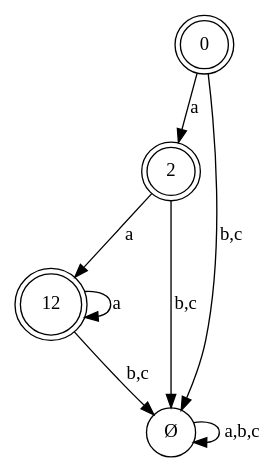
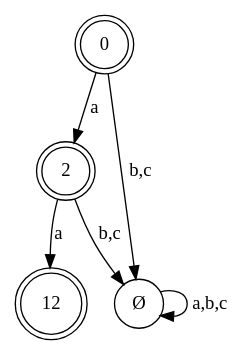
One commit to igorbragaia/CTC-34 changed the diagram in projeto_1/test-output/graph.gv. Above: the diagram before and after it, drawn with Graphviz. The commit also changed 3 other files, not shown here.

```diff
--- a/projeto_1/test-output/graph.gv
+++ b/projeto_1/test-output/graph.gv
@@ -1,13 +1,11 @@
 digraph {
 	0 [shape=doublecircle]
 	2 [shape=doublecircle]
 	12 [shape=doublecircle]
 	"Ø" [shape=circle]
 	0 -> 2 [label=a]
 	2 -> 12 [label=a]
-	12 -> 12 [label=a]
 	"Ø" -> "Ø" [label="a,b,c"]
 	0 -> "Ø" [label="b,c"]
 	2 -> "Ø" [label="b,c"]
-	12 -> "Ø" [label="b,c"]
 }
```
